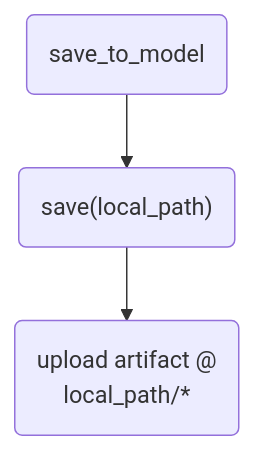
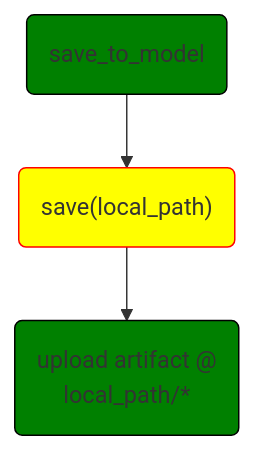
One commit to dataloop-ai/dtlpy-documentation changed the second of 5 diagrams in tutorials/model_management/advance/model_adapter_flows/chapter.md. Above: the diagram before and after it, drawn with Mermaid. The commit also changed other lines of this file and 1 other file, not shown here.

Commit message:
Adding more details to model adapter flows

````diff
--- a/tutorials/model_management/advance/model_adapter_flows/chapter.md
+++ b/tutorials/model_management/advance/model_adapter_flows/chapter.md
@@ -24,7 +43,10 @@
 ```mermaid
 flowchart TD
     id1("save_to_model")-->
     id2("save(local_path)")-->
     id3("upload artifact @ \nlocal_path/*")
-
+    style id1 fill:green, stroke:black
+    style id2 fill:yellow, stroke:red
+    style id3 fill:green, stroke:black
+    click id2 "./#save"
 ```
````
